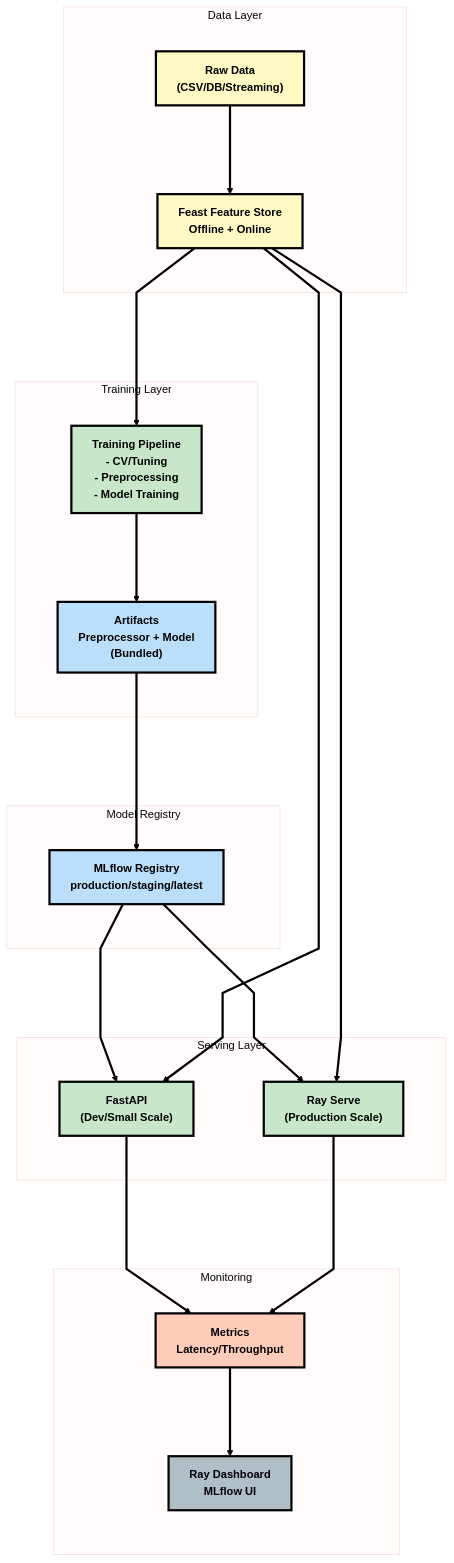
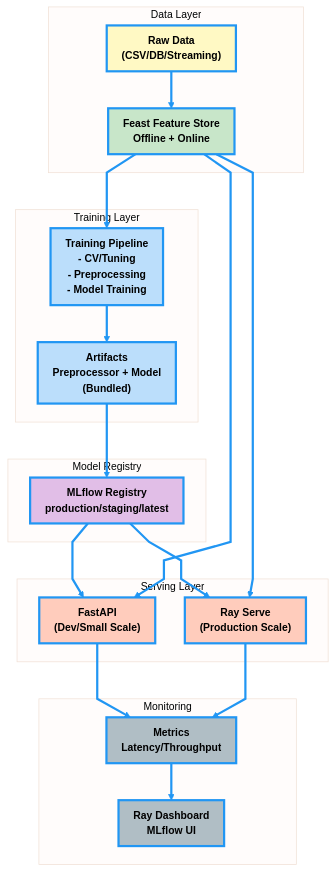
One commit to bambootran89/ml_pipeline_template changed the first of 8 diagrams in docs/architecture.md. Above: the diagram before and after it, drawn with Mermaid. The commit also changed 2 other files, not shown here.

````diff
--- a/docs/architecture.md
+++ b/docs/architecture.md
@@ -16,64 +16,73 @@
 ```mermaid
 %%{init: {
   "theme": "base",
-  "flowchart": {"nodeSpacing":95,"rankSpacing":120,"curve":"linear","padding":14},
-  "themeVariables": {"primaryColor":"#e3f2fd","edgeLabelBackground":"#fff","lineColor":"#000","edgeStrokeWidth":"3px","fontFamily":"Inter, Arial, sans-serif","fontSize":"15px","fontWeight":"600","clusterBorderRadius":"10px","nodeBorderRadius":"8px"}
+  "flowchart": {"nodeSpacing":40,"rankSpacing":50,"curve":"linear","padding":10},
+  "themeVariables": {
+    "primaryColor":"#e3f2fd",
+    "lineColor":"#2196f3",
+    "edgeLabelBackground":"#fff",
+    "fontFamily":"Inter, Arial, sans-serif",
+    "fontSize":"14px",
+    "fontWeight":"600",
+    "clusterBorderRadius":"10px",
+    "nodeBorderRadius":"6px"
+  }
 }}%%
 
 flowchart TB
     %% Styles
-    classDef dataSource fill:#fff9c4,stroke:#000,stroke-width:3px,color:#000,font-weight:700
-    classDef featureStore fill:#c8e6c9,stroke:#000,stroke-width:3px,color:#000,font-weight:700
-    classDef training fill:#bbdefb,stroke:#000,stroke-width:3px,color:#000,font-weight:700
-    classDef registry fill:#e1bee7,stroke:#000,stroke-width:3px,color:#000,font-weight:800
-    classDef serving fill:#ffccbc,stroke:#000,stroke-width:3px,color:#000,font-weight:700
-    classDef monitoring fill:#b0bec5,stroke:#000,stroke-width:3px,color:#000,font-weight:700
+    classDef dataSource fill:#fff9c4,stroke:#2196f3,stroke-width:3px,color:#000,font-weight:700
+    classDef featureStore fill:#c8e6c9,stroke:#2196f3,stroke-width:3px,color:#000,font-weight:700
+    classDef training fill:#bbdefb,stroke:#2196f3,stroke-width:3px,color:#000,font-weight:700
+    classDef registry fill:#e1bee7,stroke:#2196f3,stroke-width:3px,color:#000,font-weight:800
+    classDef serving fill:#ffccbc,stroke:#2196f3,stroke-width:3px,color:#000,font-weight:700
+    classDef monitoring fill:#b0bec5,stroke:#2196f3,stroke-width:3px,color:#000,font-weight:700
 
     %% Data Layer
     subgraph DataLayer["Data Layer"]
         RawData["Raw Data<br/>(CSV/DB/Streaming)"]:::dataSource
         Feast["Feast Feature Store<br/>Offline + Online"]:::featureStore
     end
 
     %% Training Layer
     subgraph TrainingLayer["Training Layer"]
         Pipeline["Training Pipeline<br/>- CV/Tuning<br/>- Preprocessing<br/>- Model Training"]:::training
         Artifacts["Artifacts<br/>Preprocessor + Model<br/>(Bundled)"]:::training
     end
 
     %% Registry Layer
     subgraph RegistryLayer["Model Registry"]
         MLflow["MLflow Registry<br/>production/staging/latest"]:::registry
     end
 
     %% Serving Layer
     subgraph ServingLayer["Serving Layer"]
         FastAPI["FastAPI<br/>(Dev/Small Scale)"]:::serving
         RayServe["Ray Serve<br/>(Production Scale)"]:::serving
     end
 
     %% Monitoring Layer
     subgraph MonitoringLayer["Monitoring"]
         Metrics["Metrics<br/>Latency/Throughput"]:::monitoring
         Dashboard["Ray Dashboard<br/>MLflow UI"]:::monitoring
     end
 
-    %% Connections (bold main flow)
-    RawData ==> Feast:::dataSource
-    Feast ==> Pipeline:::featureStore
-    Pipeline ==> Artifacts:::training
-    Artifacts ==> MLflow:::training
+    %% Connections
+    RawData ==> Feast
+    Feast ==> Pipeline
+    Pipeline ==> Artifacts
+    Artifacts ==> MLflow
 
-    MLflow ==> FastAPI:::registry
-    MLflow ==> RayServe:::registry
+    MLflow ==> FastAPI
+    MLflow ==> RayServe
 
-    Feast ==> FastAPI:::featureStore
-    Feast ==> RayServe:::featureStore
+    Feast ==> FastAPI
+    Feast ==> RayServe
 
-    FastAPI ==> Metrics:::serving
-    RayServe ==> Metrics:::serving
-    Metrics ==> Dashboard:::monitoring
+    FastAPI ==> Metrics
+    RayServe ==> Metrics
+    Metrics ==> Dashboard
 
     %% Edge emphasis
-    linkStyle default stroke:#000,stroke-width:3px
+    linkStyle default stroke:#2196f3,stroke-width:3px
 ```
````
